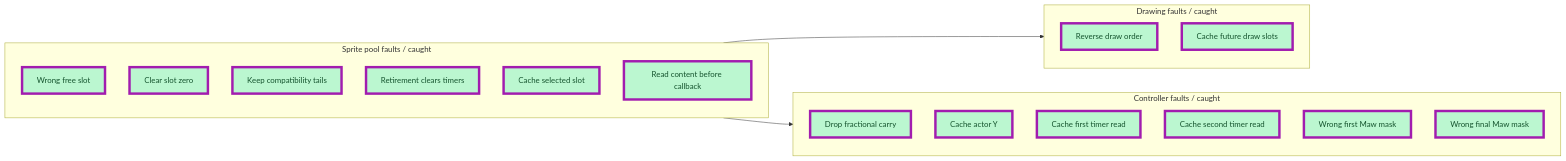
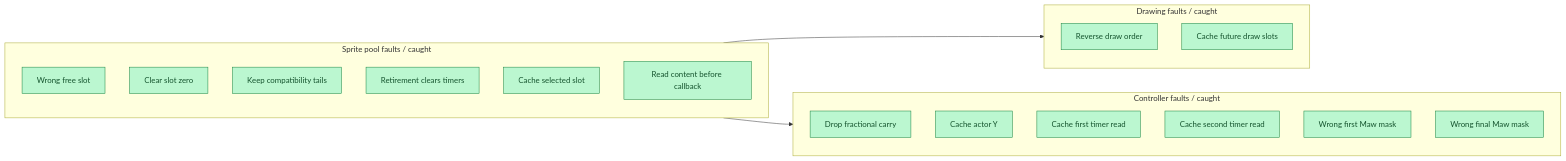
The fourth of 18 diagrams in PROGRESS.md (JimLundin/sm-decomp), drawn with Mermaid before and after one commit. The commit also changed other lines of this file and 1 other file, not shown here.

````diff
--- a/PROGRESS.md
+++ b/PROGRESS.md
@@ -72,28 +104,27 @@
 ```mermaid
 flowchart LR
     subgraph pool["Sprite pool faults / caught"]
         A["Wrong free slot"]:::done
         B["Clear slot zero"]:::done
         C["Keep compatibility tails"]:::done
         D["Retirement clears timers"]:::done
         E["Cache selected slot"]:::done
         F["Read content before callback"]:::done
     end
     subgraph drawing["Drawing faults / caught"]
         G["Reverse draw order"]:::done
         H["Cache future draw slots"]:::done
     end
     subgraph controllers["Controller faults / caught"]
         I["Drop fractional carry"]:::done
         J["Cache actor Y"]:::done
         K["Cache first timer read"]:::done
         L["Cache second timer read"]:::done
         M["Wrong first Maw mask"]:::done
         N["Wrong final Maw mask"]:::done
     end
     pool --> drawing
     pool --> controllers
-    class A,B,C,D,E,F,G,H,I,J,K,L,M,N changed
     classDef done fill:#bbf7d0,stroke:#15803d,color:#14532d
     classDef changed stroke:#a21caf,stroke-width:5px
 ```
````
